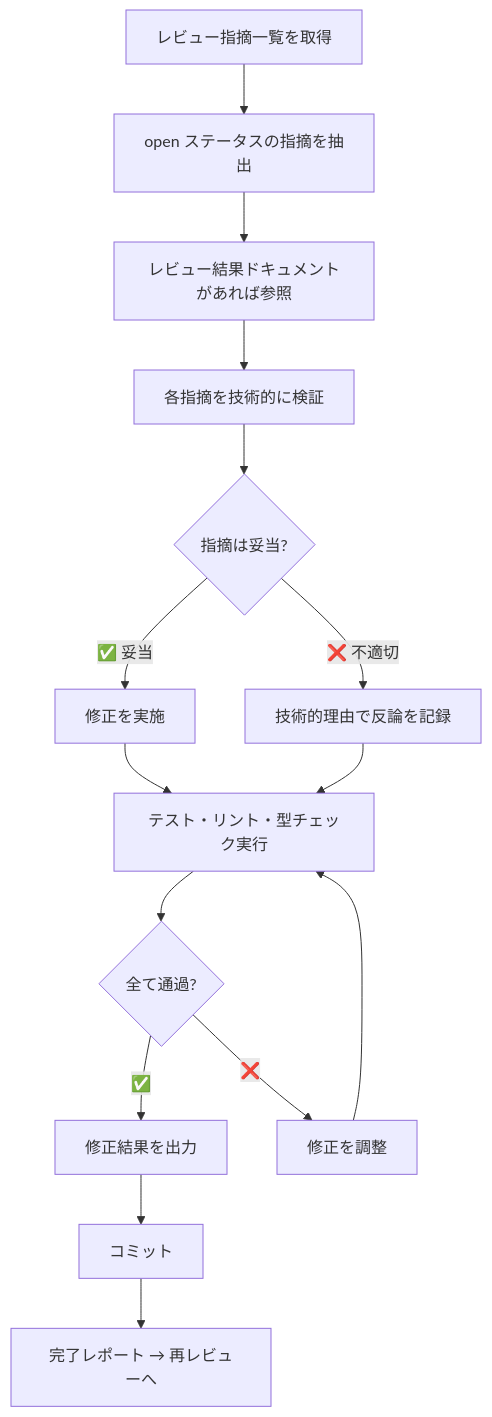
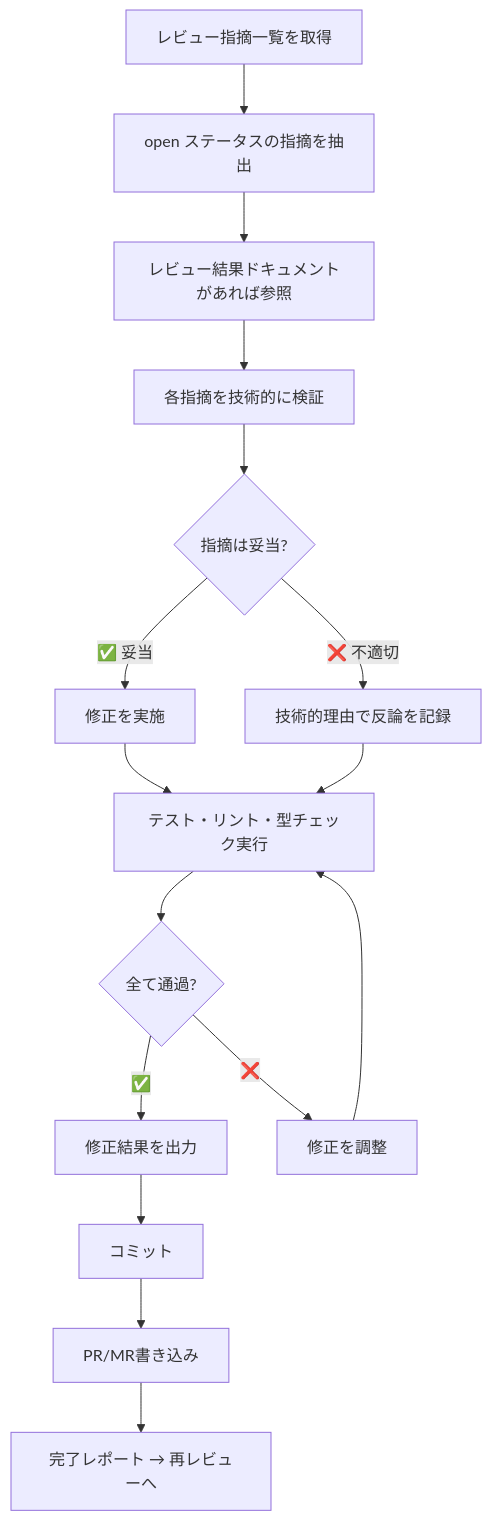
The diagram in .claude/skills/code-review-fix/SKILL.md (NagasakaH/dev-process), drawn with Mermaid before and after one commit. The commit also changed other lines of this file and 2 other files, not shown here.

````diff
--- a/.claude/skills/code-review-fix/SKILL.md
+++ b/.claude/skills/code-review-fix/SKILL.md
@@ -47,17 +47,18 @@
 ```mermaid
 flowchart TD
     A[レビュー指摘一覧を取得] --> B[open ステータスの指摘を抽出]
     B --> C[レビュー結果ドキュメントがあれば参照]
     C --> D[各指摘を技術的に検証]
     D --> E{指摘は妥当?}
     E -->|✅ 妥当| F[修正を実施]
     E -->|❌ 不適切| G[技術的理由で反論を記録]
     F --> H[テスト・リント・型チェック実行]
     G --> H
     H --> I{全て通過?}
     I -->|✅| J[修正結果を出力]
     I -->|❌| K[修正を調整]
     K --> H
     J --> L[コミット]
-    L --> M[完了レポート → 再レビューへ]
+    L --> M[PR/MR書き込み]
+    M --> N[完了レポート → 再レビューへ]
 ```
````
